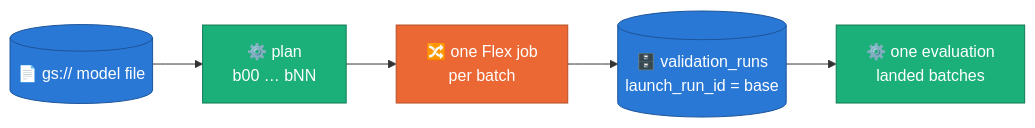
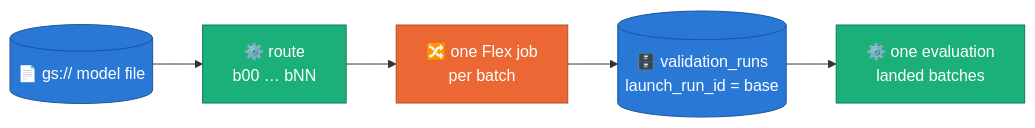
One commit to albertols/synthetic-llm-dataflow-bigquery changed the ninth of 9 diagrams in docs/RUN_PLAYBOOK.md. Above: the diagram before and after it, drawn with Mermaid. The commit also changed other lines of this file and 11 other files, not shown here.

````diff
--- a/docs/RUN_PLAYBOOK.md
+++ b/docs/RUN_PLAYBOOK.md
@@ -2695,15 +2826,15 @@
 ```mermaid
 flowchart LR
   classDef beam  fill:#eb6834,color:#fff,stroke:#b44f26
   classDef cpu   fill:#1baf7a,color:#fff,stroke:#127a55
   classDef gpu   fill:#7a3fd1,color:#fff,stroke:#5a2f9d
   classDef store fill:#2a78d6,color:#fff,stroke:#1d5599
   classDef data  fill:#6b7280,color:#fff,stroke:#4b5563
 
   M[("📄 gs:// model file")]:::store
-  P["⚙️ plan<br/>b00 … bNN"]:::cpu
+  P["⚙️ route<br/>b00 … bNN"]:::cpu
   J["🔀 one Flex job<br/>per batch"]:::beam
   V[("🗄️ validation_runs<br/>launch_run_id = base")]:::store
   E["⚙️ one evaluation<br/>landed batches"]:::cpu
   M --> P --> J --> V --> E
 ```
````
